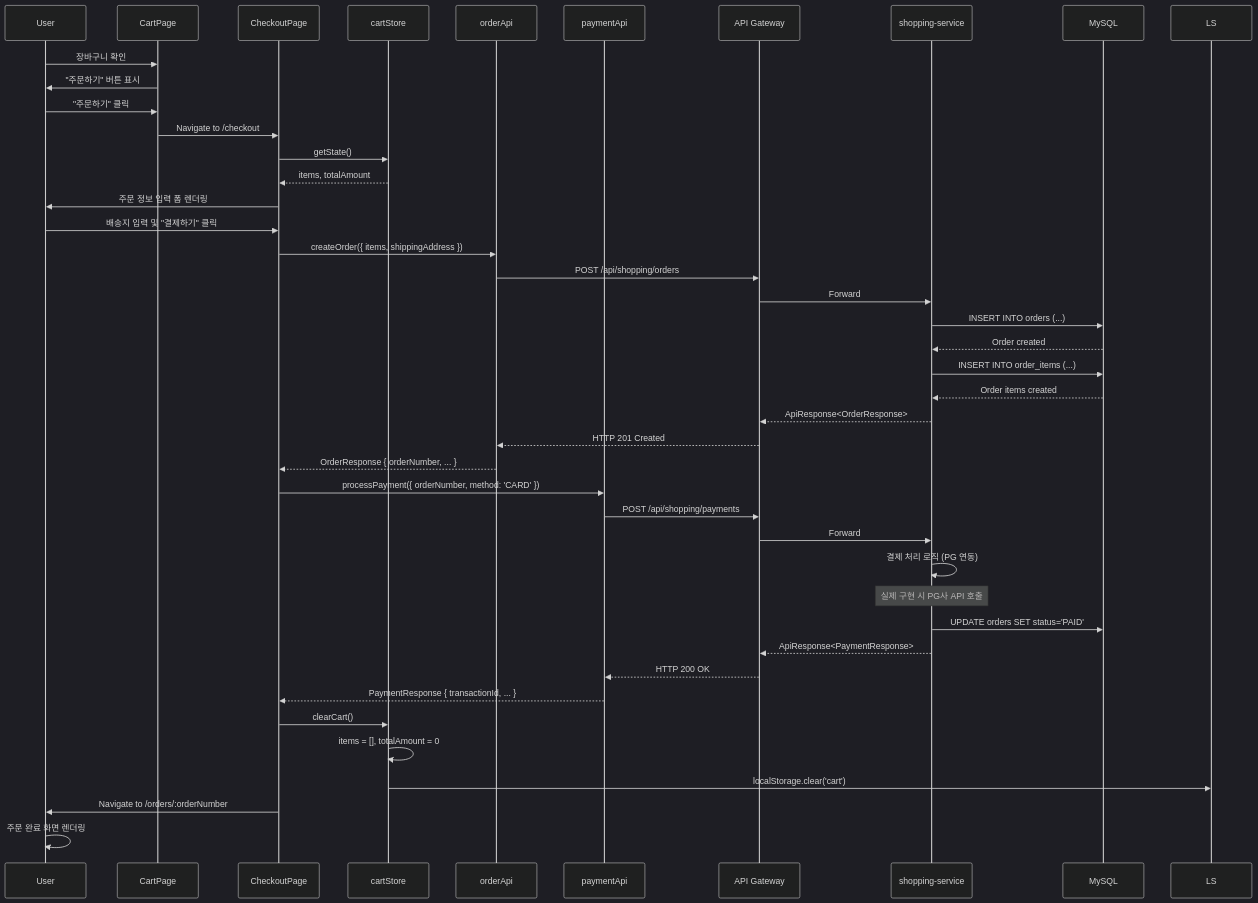
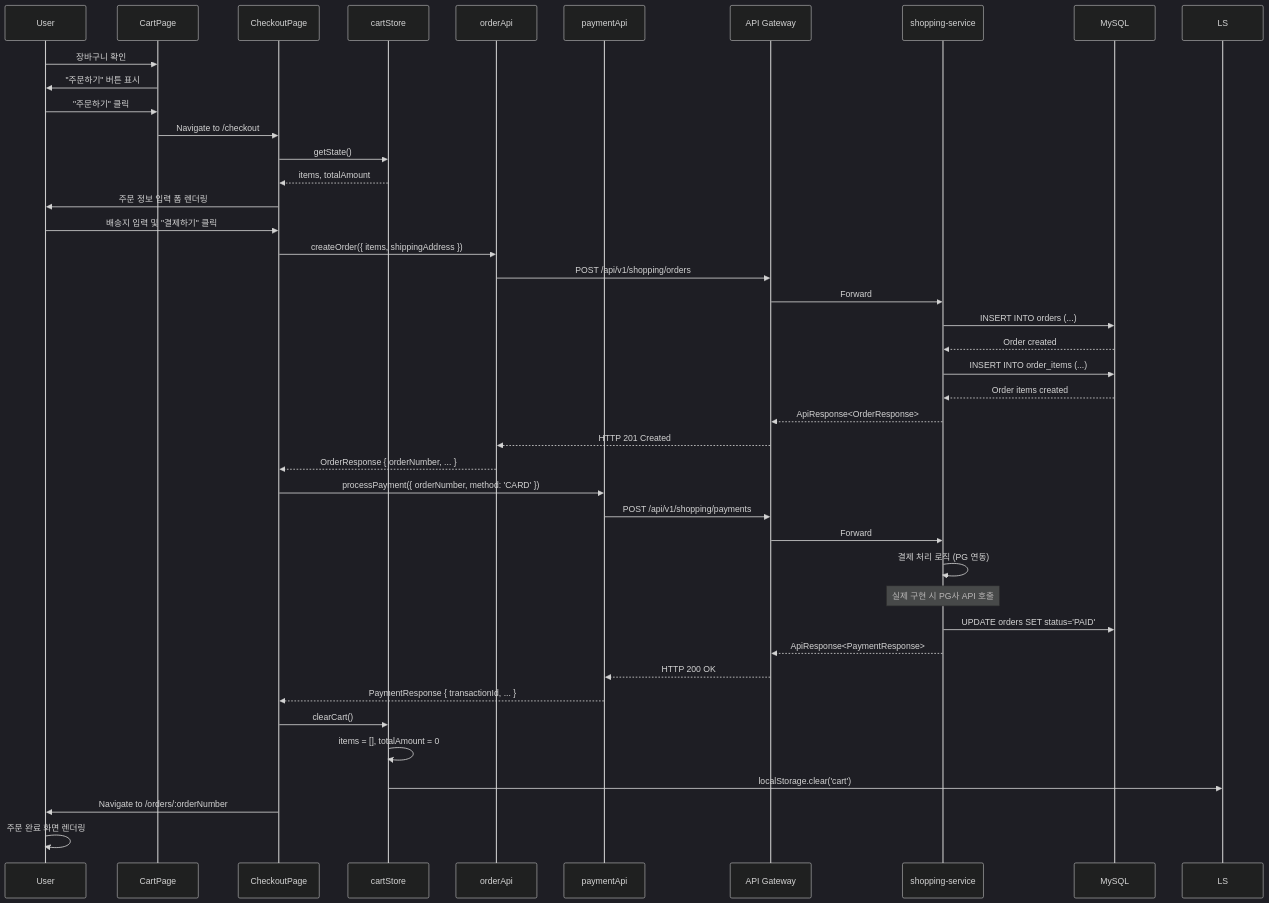
Before and after one commit to L-a-z-e/portal-universe: the fifth of 7 diagrams in frontend/shopping-frontend/docs/architecture/data-flow.md, drawn with Mermaid (dark theme). The commit also changed other lines of this file and 15 other files, not shown here.

````diff
--- a/frontend/shopping-frontend/docs/architecture/data-flow.md
+++ b/frontend/shopping-frontend/docs/architecture/data-flow.md
@@ -248,50 +248,50 @@
 ```mermaid
 sequenceDiagram
     participant U as User
     participant CP as CartPage
     participant CHP as CheckoutPage
     participant CS as cartStore
     participant OA as orderApi
     participant PA as paymentApi
     participant G as API Gateway
     participant S as shopping-service
     participant D as MySQL
 
     U->>CP: 장바구니 확인
     CP->>U: "주문하기" 버튼 표시
     U->>CP: "주문하기" 클릭
     CP->>CHP: Navigate to /checkout
 
     CHP->>CS: getState()
     CS-->>CHP: items, totalAmount
     CHP->>U: 주문 정보 입력 폼 렌더링
 
     U->>CHP: 배송지 입력 및 "결제하기" 클릭
     CHP->>OA: createOrder({ items, shippingAddress })
-    OA->>G: POST /api/shopping/orders
+    OA->>G: POST /api/v1/shopping/orders
     G->>S: Forward
     S->>D: INSERT INTO orders (...)
     D-->>S: Order created
     S->>D: INSERT INTO order_items (...)
     D-->>S: Order items created
     S-->>G: ApiResponse<OrderResponse>
     G-->>OA: HTTP 201 Created
     OA-->>CHP: OrderResponse { orderNumber, ... }
 
     CHP->>PA: processPayment({ orderNumber, method: 'CARD' })
-    PA->>G: POST /api/shopping/payments
+    PA->>G: POST /api/v1/shopping/payments
     G->>S: Forward
     S->>S: 결제 처리 로직 (PG 연동)
     Note over S: 실제 구현 시 PG사 API 호출
     S->>D: UPDATE orders SET status='PAID'
     S-->>G: ApiResponse<PaymentResponse>
     G-->>PA: HTTP 200 OK
     PA-->>CHP: PaymentResponse { transactionId, ... }
 
     CHP->>CS: clearCart()
     CS->>CS: items = [], totalAmount = 0
     CS->>LS: localStorage.clear('cart')
 
     CHP->>U: Navigate to /orders/:orderNumber
     U->>U: 주문 완료 화면 렌더링
 ```
````
